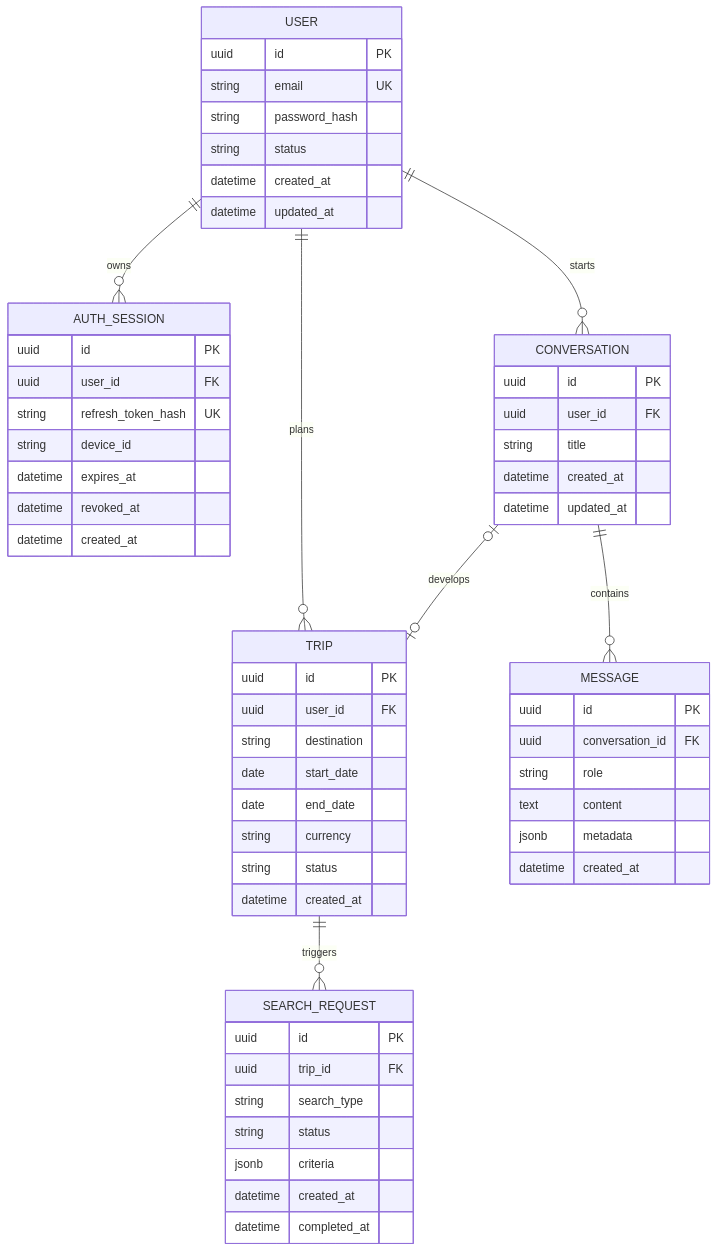
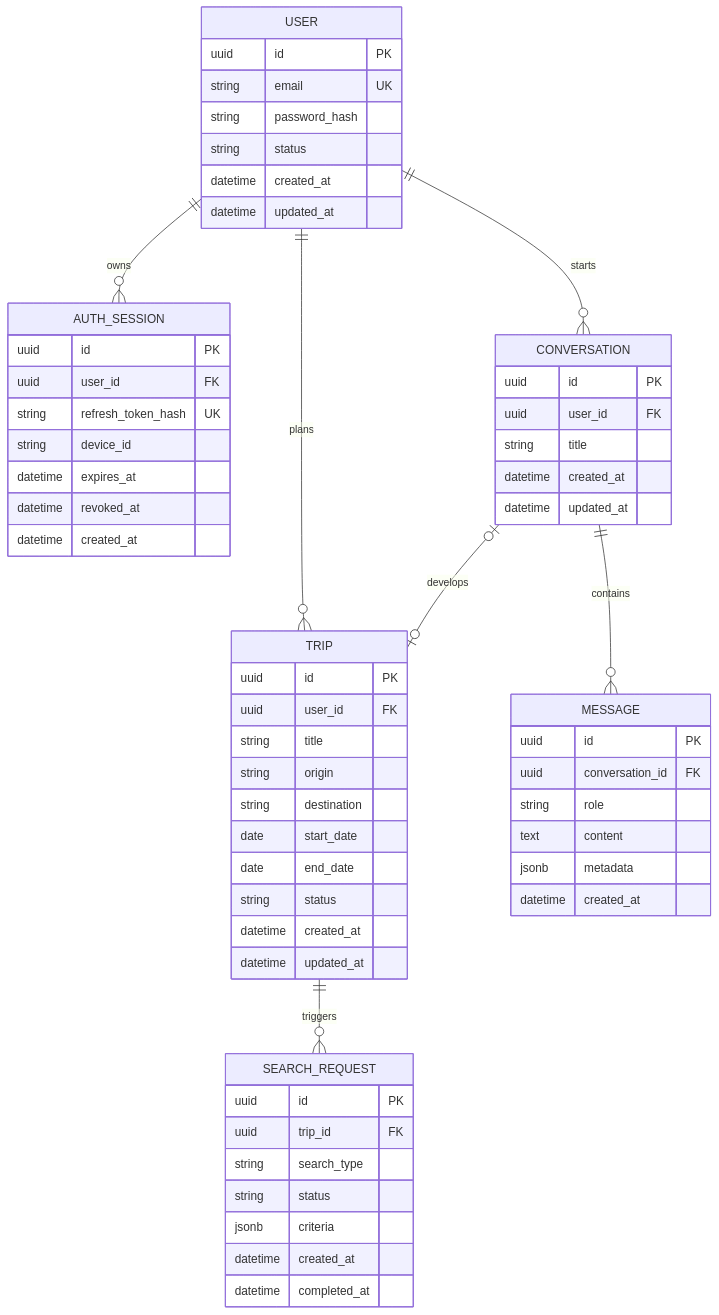
The first of 2 diagrams in docs/database.md (manipoint/map-server), drawn with Mermaid before and after one commit. The commit also changed other lines of this file and 86 other files, not shown here.

````diff
--- a/docs/database.md
+++ b/docs/database.md
@@ -33,61 +33,63 @@
 ```mermaid
 erDiagram
     USER ||--o{ AUTH_SESSION : owns
     USER ||--o{ CONVERSATION : starts
     USER ||--o{ TRIP : plans
     CONVERSATION ||--o{ MESSAGE : contains
     CONVERSATION o|--o| TRIP : develops
     TRIP ||--o{ SEARCH_REQUEST : triggers
 
     USER {
         uuid id PK
         string email UK
         string password_hash
         string status
         datetime created_at
         datetime updated_at
     }
     AUTH_SESSION {
         uuid id PK
         uuid user_id FK
         string refresh_token_hash UK
         string device_id
         datetime expires_at
         datetime revoked_at
         datetime created_at
     }
     CONVERSATION {
         uuid id PK
         uuid user_id FK
         string title
         datetime created_at
         datetime updated_at
     }
     MESSAGE {
         uuid id PK
         uuid conversation_id FK
         string role
         text content
         jsonb metadata
         datetime created_at
     }
     TRIP {
         uuid id PK
         uuid user_id FK
+        string title
+        string origin
         string destination
         date start_date
         date end_date
-        string currency
         string status
         datetime created_at
+        datetime updated_at
     }
     SEARCH_REQUEST {
         uuid id PK
         uuid trip_id FK
         string search_type
         string status
         jsonb criteria
         datetime created_at
         datetime completed_at
     }
 ```
````
